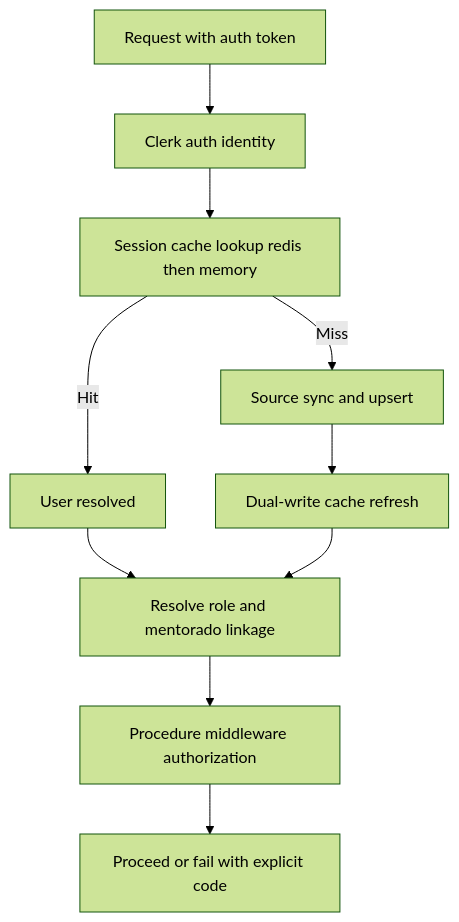
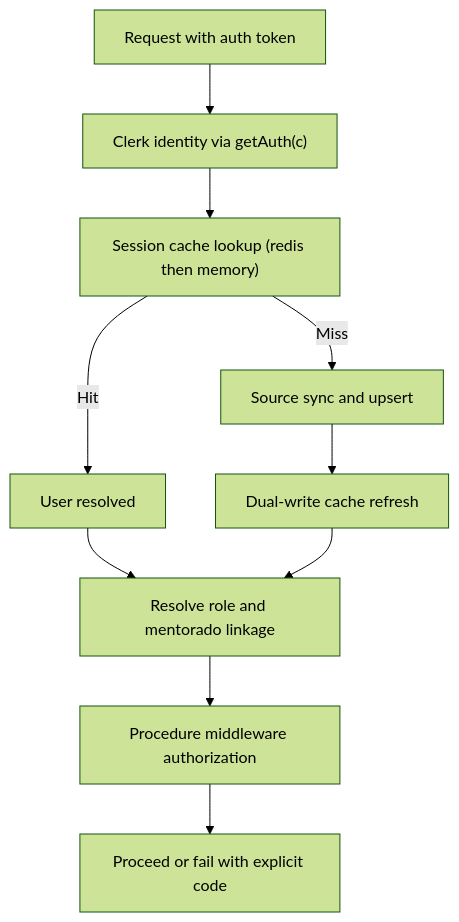
Before and after one commit to GrupoUS/gpus: the second of 5 diagrams in .agent/skills/backend-design/references/request-lifecycle.md, drawn with Mermaid (forest theme). The commit also changed other lines of this file and 58 other files, not shown here.

````diff
--- a/.agent/skills/backend-design/references/request-lifecycle.md
+++ b/.agent/skills/backend-design/references/request-lifecycle.md
@@ -22,12 +23,12 @@
 ```mermaid
 flowchart TD
-    A[Request with auth token] --> B[Clerk auth identity]
-    B --> C[Session cache lookup redis then memory]
-    C -->|Hit| D[User resolved]
-    C -->|Miss| E[Source sync and upsert]
-    E --> F[Dual-write cache refresh]
-    D --> G[Resolve role and mentorado linkage]
+    A["Request with auth token"] --> B["Clerk identity via getAuth(c)"]
+    B --> C["Session cache lookup (redis then memory)"]
+    C -->|Hit| D["User resolved"]
+    C -->|Miss| E["Source sync and upsert"]
+    E --> F["Dual-write cache refresh"]
+    D --> G["Resolve role and mentorado linkage"]
     F --> G
-    G --> H[Procedure middleware authorization]
-    H --> I[Proceed or fail with explicit code]
+    G --> H["Procedure middleware authorization"]
+    H --> I["Proceed or fail with explicit code"]
 ```
````
